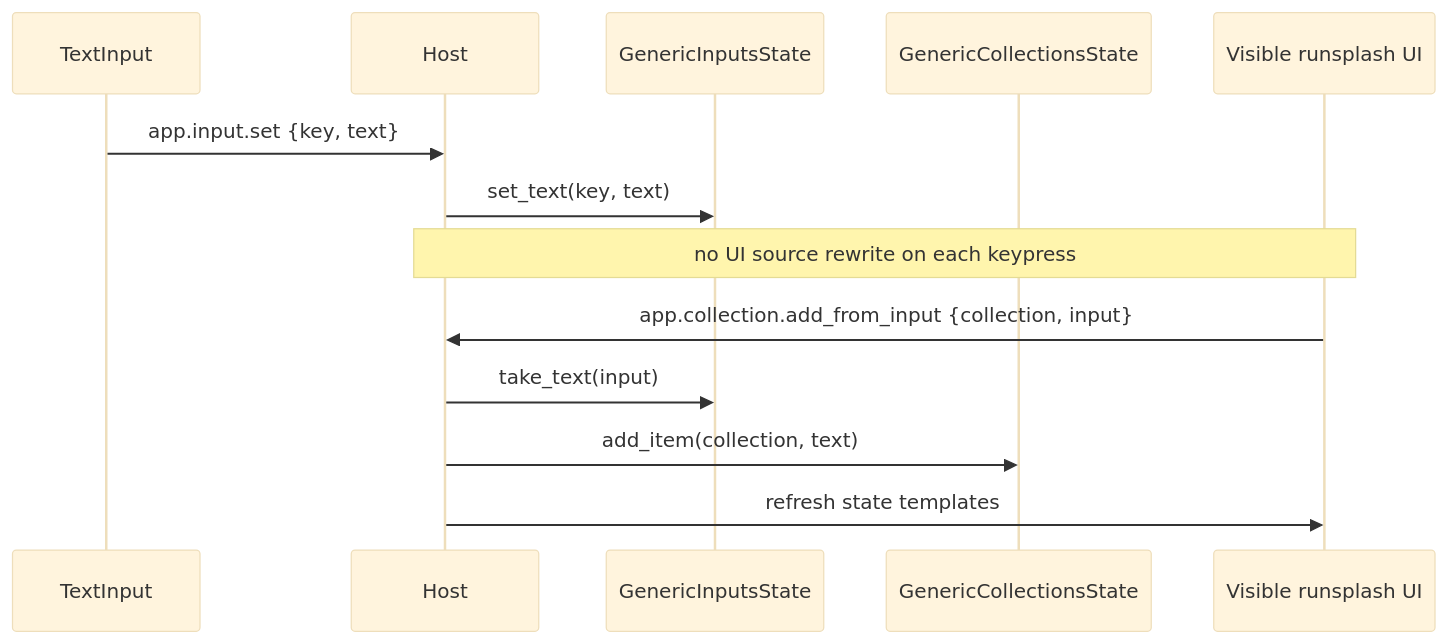
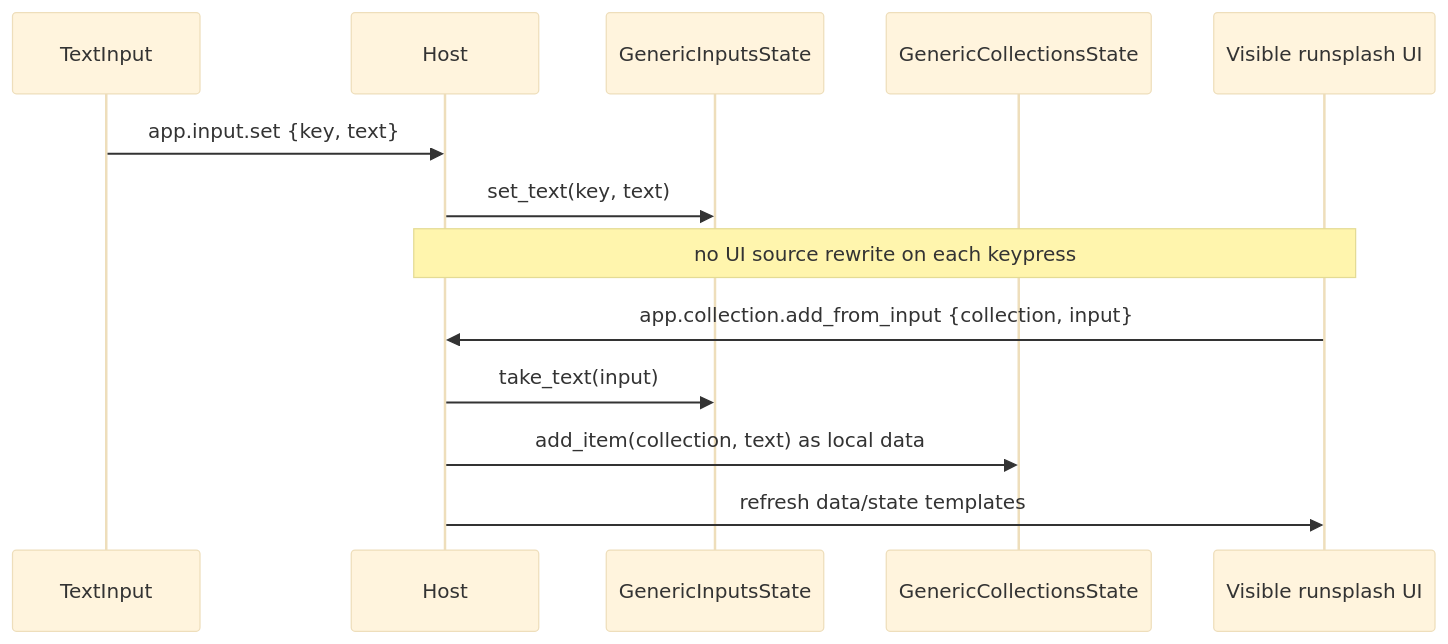
The third of 3 diagrams in examples/aichat/specs/agent2app-book-en/src/08-aichat-profile.md (ZhangHanDong/makepad), drawn with Mermaid (base theme) before and after one commit. The commit also changed other lines of this file and 37 other files, not shown here.

````diff
--- a/examples/aichat/specs/agent2app-book-en/src/08-aichat-profile.md
+++ b/examples/aichat/specs/agent2app-book-en/src/08-aichat-profile.md
@@ -95,16 +156,16 @@
 ```mermaid
 sequenceDiagram
     participant TI as TextInput
     participant H as Host
     participant S as GenericInputsState
     participant C as GenericCollectionsState
     participant UI as Visible runsplash UI
 
     TI->>H: app.input.set {key, text}
     H->>S: set_text(key, text)
     Note over H,UI: no UI source rewrite on each keypress
     UI->>H: app.collection.add_from_input {collection, input}
     H->>S: take_text(input)
-    H->>C: add_item(collection, text)
-    H->>UI: refresh state templates
+    H->>C: add_item(collection, text) as local data
+    H->>UI: refresh data/state templates
 ```
````
